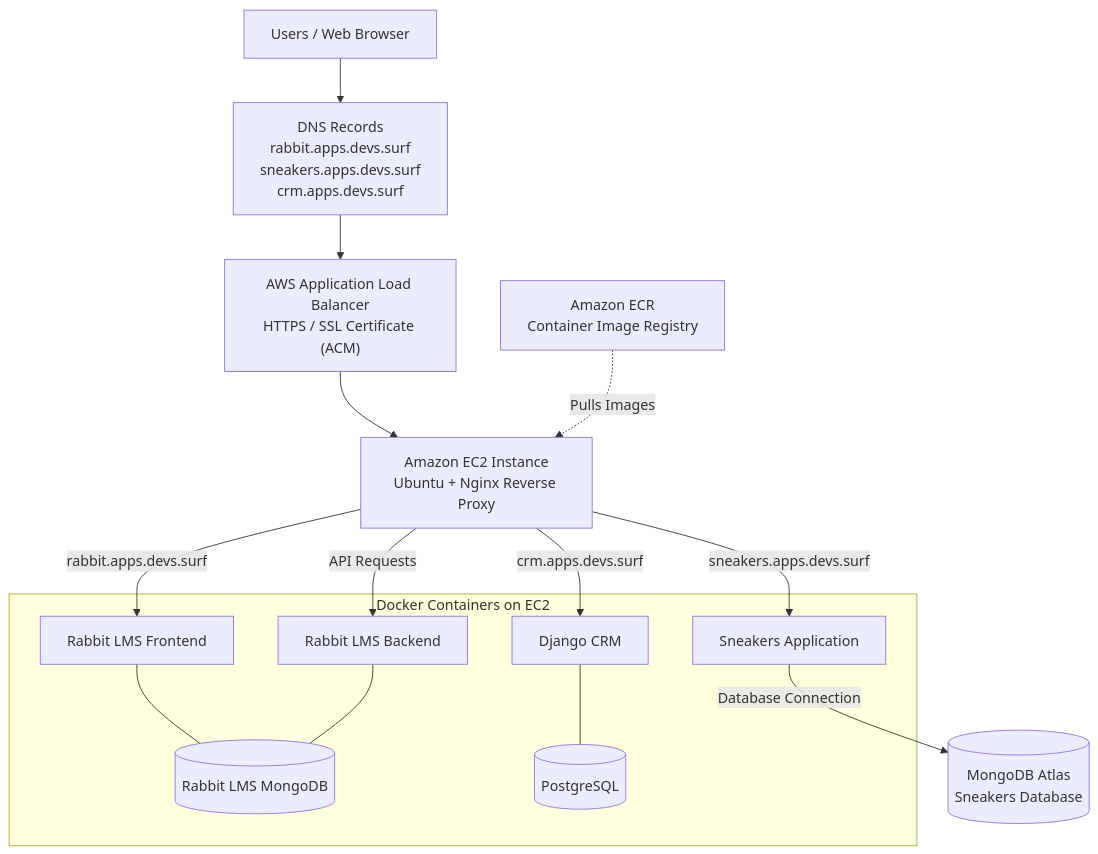
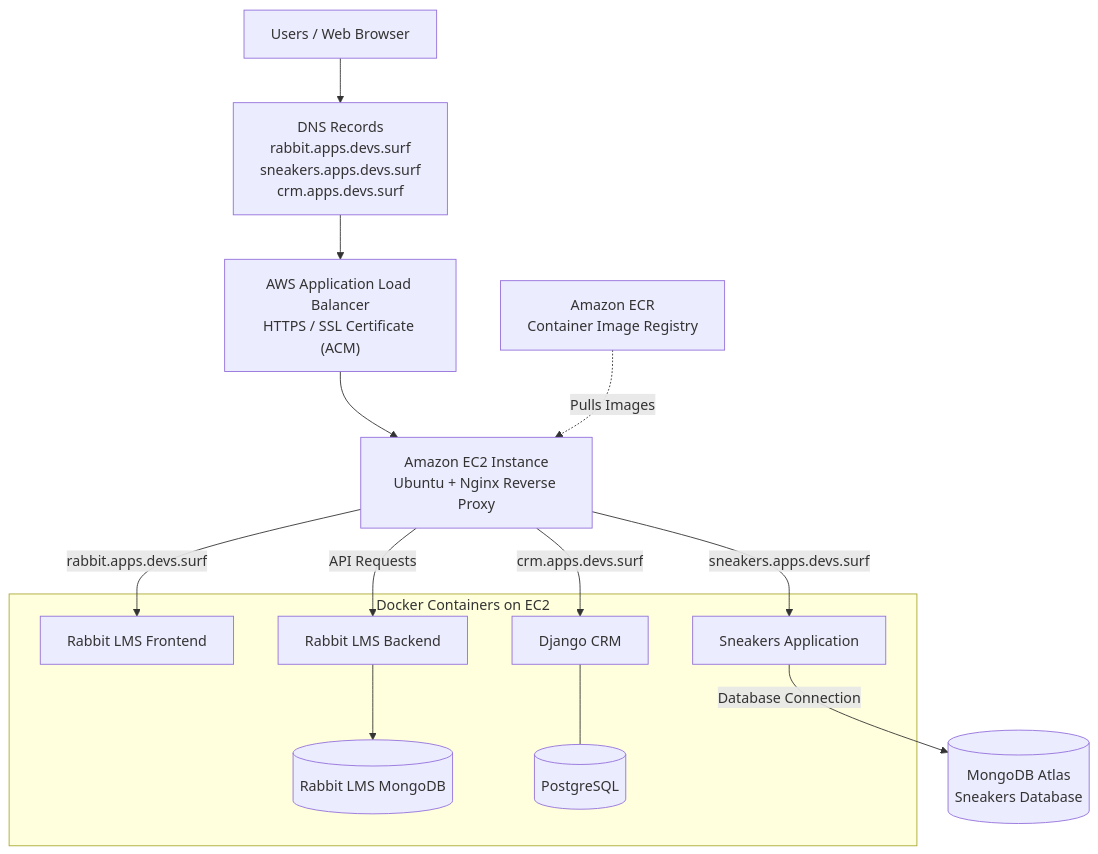
Before and after one commit to Ada045/Aws-multi-app-hosting-infrastructure: the diagram in README.md, drawn with Mermaid.

Commit message:
Fix connection representation for Rabbit LMS MongoDB

````diff
--- a/README.md
+++ b/README.md
@@ -18,36 +18,36 @@
 ```mermaid
 flowchart TD
     U["Users / Web Browser"]
 
     DNS["DNS Records<br/>rabbit.apps.devs.surf<br/>sneakers.apps.devs.surf<br/>crm.apps.devs.surf"]
 
     ALB["AWS Application Load Balancer<br/>HTTPS / SSL Certificate (ACM)"]
 
     EC2["Amazon EC2 Instance<br/>Ubuntu + Nginx Reverse Proxy"]
 
     U --> DNS
     DNS --> ALB
     ALB --> EC2
 
     EC2 -->|"rabbit.apps.devs.surf"| RF["Rabbit LMS Frontend"]
     EC2 -->|"API Requests"| RB["Rabbit LMS Backend"]
     EC2 -->|"sneakers.apps.devs.surf"| SN["Sneakers Application"]
     EC2 -->|"crm.apps.devs.surf"| CRM["Django CRM"]
 
-    RF --- RM[("Rabbit LMS MongoDB")]
-    RB --- RM
+    RB --> RM[("Rabbit LMS MongoDB")]
+
     CRM --- PG[("PostgreSQL")]
 
     SN -->|"Database Connection"| ATLAS[("MongoDB Atlas<br/>Sneakers Database")]
 
     subgraph HOST["Docker Containers on EC2"]
         RF
         RB
         RM
         SN
         CRM
         PG
     end
 
     ECR["Amazon ECR<br/>Container Image Registry"] -.->|"Pulls Images"| EC2
 ```
````
